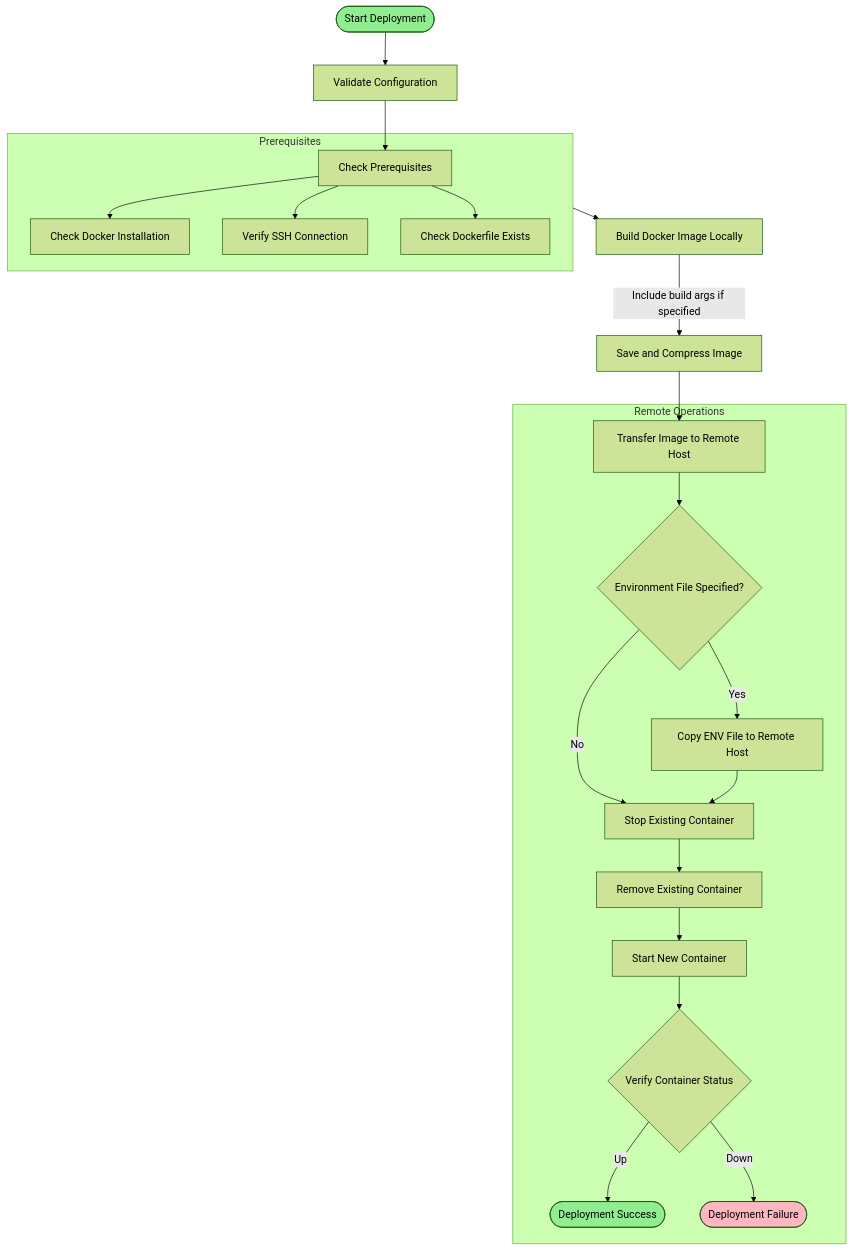
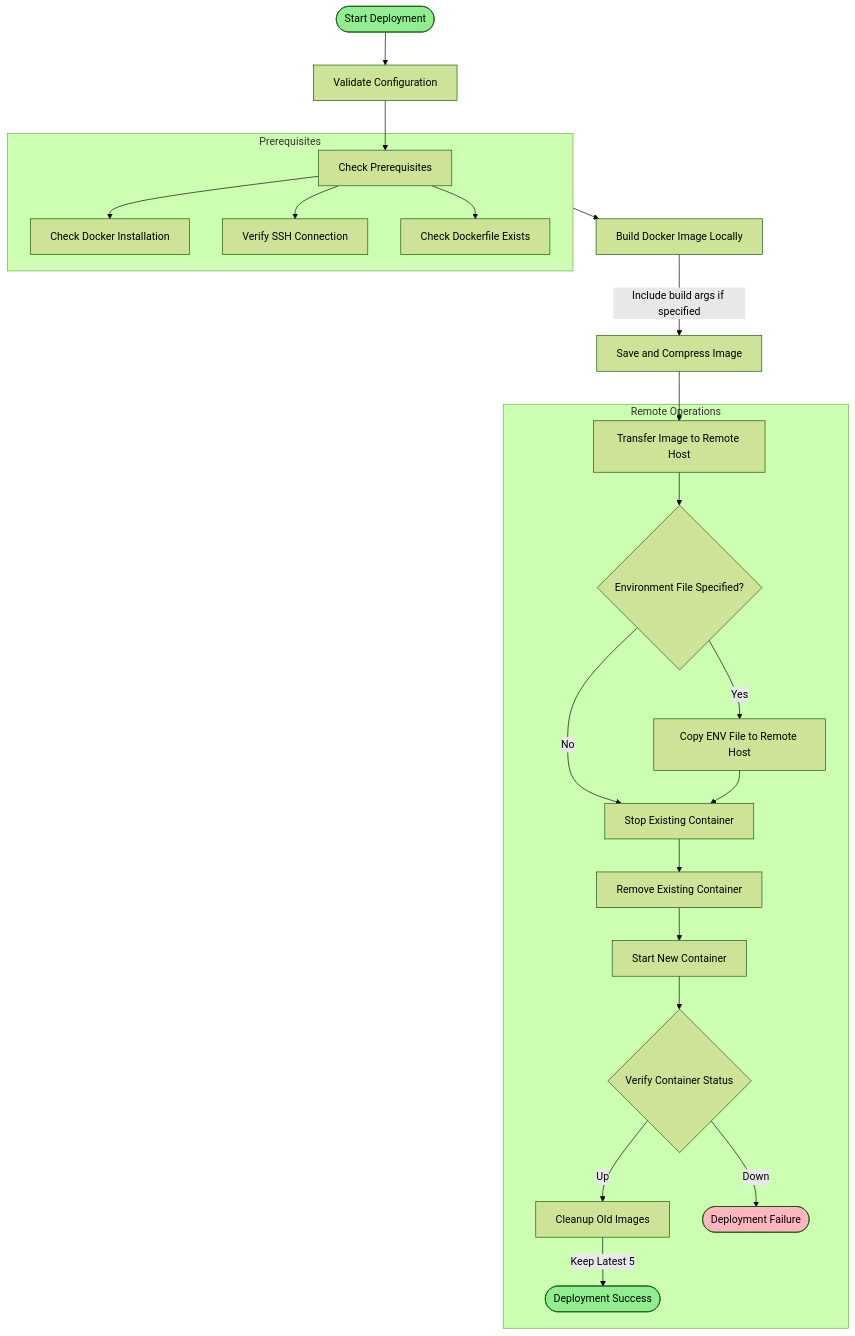
Before and after one commit to bjarneo/copepod: the first of 2 diagrams in FLOW.md, drawn with Mermaid (forest theme). The commit also changed 1 other file, not shown here.

Commit message:
docs: add the cleanup to the flow

````diff
--- a/FLOW.md
+++ b/FLOW.md
@@ -3,36 +3,37 @@
 ```mermaid
 
 flowchart TD
     Start([Start Deployment]) --> ValidateConfig[Validate Configuration]
     ValidateConfig --> CheckPrereq[Check Prerequisites]
 
     subgraph Prerequisites
         CheckPrereq --> CheckDocker[Check Docker Installation]
         CheckPrereq --> CheckSSH[Verify SSH Connection]
         CheckPrereq --> CheckDockerfile[Check Dockerfile Exists]
     end
     
     Prerequisites --> BuildImage[Build Docker Image Locally]
     BuildImage --> |"Include build args if specified"| SaveImage[Save and Compress Image]
     
     SaveImage --> TransferImage[Transfer Image to Remote Host]
     
     subgraph Remote Operations
         TransferImage --> CheckEnvFile{Environment File Specified?}
         CheckEnvFile --> |Yes| CopyEnvFile[Copy ENV File to Remote Host]
         CheckEnvFile --> |No| StopContainer[Stop Existing Container]
         CopyEnvFile --> StopContainer
         
         StopContainer --> RemoveContainer[Remove Existing Container]
         RemoveContainer --> StartContainer[Start New Container]
         StartContainer --> VerifyContainer{Verify Container Status}
         
-        VerifyContainer --> |"Up"| Success([Deployment Success])
+        VerifyContainer --> |"Up"| CleanupImages[Cleanup Old Images]
+        CleanupImages --> |"Keep Latest 5"| Success([Deployment Success])
         VerifyContainer --> |"Down"| Failure([Deployment Failure])
     end
     
     style Start fill:#90EE90
     style Success fill:#90EE90
     style Failure fill:#FFB6C1
 
 ```
````
